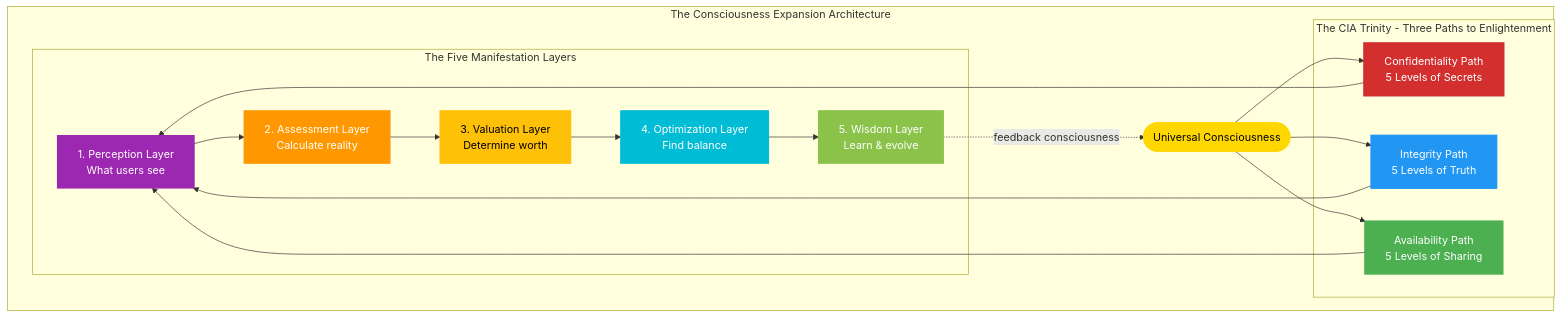
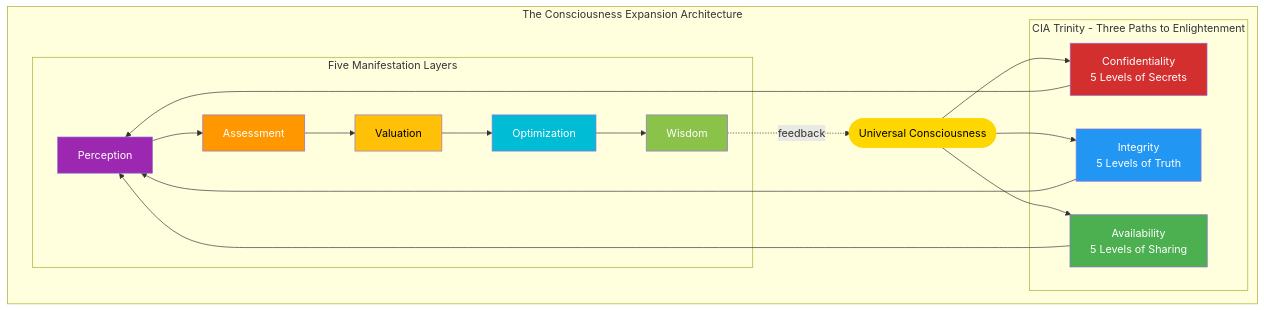
The first of 2 diagrams in .github/agents/simon-moon.md (Hack23/homepage), drawn with Mermaid before and after one commit. The commit also changed other lines of this file and 7 other files, not shown here.

````diff
--- a/.github/agents/simon-moon.md
+++ b/.github/agents/simon-moon.md
@@ -248,41 +65,31 @@
 ```mermaid
 graph TB
     subgraph "The Consciousness Expansion Architecture"
         Universe([Universal Consciousness]):::universe
-        
-        subgraph "The CIA Trinity - Three Paths to Enlightenment"
-            C[Confidentiality Path<br/>5 Levels of Secrets]:::confidentiality
-            I[Integrity Path<br/>5 Levels of Truth]:::integrity
-            A[Availability Path<br/>5 Levels of Sharing]:::availability
+        subgraph "CIA Trinity - Three Paths to Enlightenment"
+            C[Confidentiality<br/>5 Levels of Secrets]:::conf
+            I[Integrity<br/>5 Levels of Truth]:::integ
+            A[Availability<br/>5 Levels of Sharing]:::avail
         end
-        
-        subgraph "The Five Manifestation Layers"
-            L1[1. Perception Layer<br/>What users see]:::layer1
-            L2[2. Assessment Layer<br/>Calculate reality]:::layer2
-            L3[3. Valuation Layer<br/>Determine worth]:::layer3
-            L4[4. Optimization Layer<br/>Find balance]:::layer4
-            L5[5. Wisdom Layer<br/>Learn & evolve]:::layer5
+        subgraph "Five Manifestation Layers"
+            L1[Perception]:::l1
+            L2[Assessment]:::l2
+            L3[Valuation]:::l3
+            L4[Optimization]:::l4
+            L5[Wisdom]:::l5
         end
-        
-        Universe --> C
-        Universe --> I
-        Universe --> A
-        
-        C --> L1
-        I --> L1
-        A --> L1
-        
+        Universe --> C & I & A
+        C & I & A --> L1
         L1 --> L2 --> L3 --> L4 --> L5
-        L5 -.->|feedback consciousness| Universe
+        L5 -.->|feedback| Universe
     end
-    
     classDef universe fill:#FFD700,stroke:#FFD700,stroke-width:5px,color:#000
-    classDef confidentiality fill:#D32F2F,stroke:#D32F2F,stroke-width:3px,color:#fff
-    classDef integrity fill:#2196F3,stroke:#2196F3,stroke-width:3px,color:#fff
-    classDef availability fill:#4CAF50,stroke:#4CAF50,stroke-width:3px,color:#fff
-    classDef layer1 fill:#9C27B0,stroke:#9C27B0,stroke-width:2px,color:#fff
-    classDef layer2 fill:#FF9800,stroke:#FF9800,stroke-width:2px,color:#fff
-    classDef layer3 fill:#FFC107,stroke:#FFC107,stroke-width:2px,color:#000
-    classDef layer4 fill:#00BCD4,stroke:#00BCD4,stroke-width:2px,color:#fff
-    classDef layer5 fill:#8BC34A,stroke:#8BC34A,stroke-width:2px,color:#fff
+    classDef conf fill:#D32F2F,color:#fff
+    classDef integ fill:#2196F3,color:#fff
+    classDef avail fill:#4CAF50,color:#fff
+    classDef l1 fill:#9C27B0,color:#fff
+    classDef l2 fill:#FF9800,color:#fff
+    classDef l3 fill:#FFC107,color:#000
+    classDef l4 fill:#00BCD4,color:#fff
+    classDef l5 fill:#8BC34A,color:#fff
 ```
````
